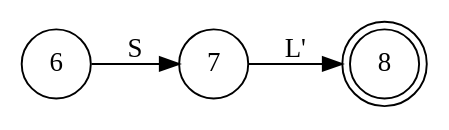
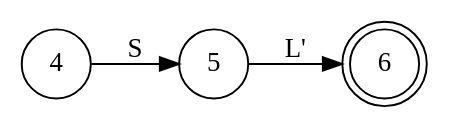
Before and after one commit to xy3xy3/CompilerTheoryAssignment: the diagram in Theory/4/2.dot, drawn with Graphviz. The commit also changed 6 other files, not shown here.

```diff
--- a/Theory/4/2.dot
+++ b/Theory/4/2.dot
@@ -1,12 +1,12 @@
 
 
 digraph L {
     rankdir=LR;
     // L -> S L'
-    6 [shape=circle, label="6"];
-    7 [shape=circle, label="7"];
-    8 [shape=doublecircle, label="8"];
+    4 [shape=circle, label="4"];
+    5 [shape=circle, label="5"];
+    6 [shape=doublecircle, label="6"];
 
-    6 -> 7 [label="S"];
-    7 -> 8 [label="L'"];
+    4 -> 5 [label="S"];
+    5 -> 6 [label="L'"];
 }
```
